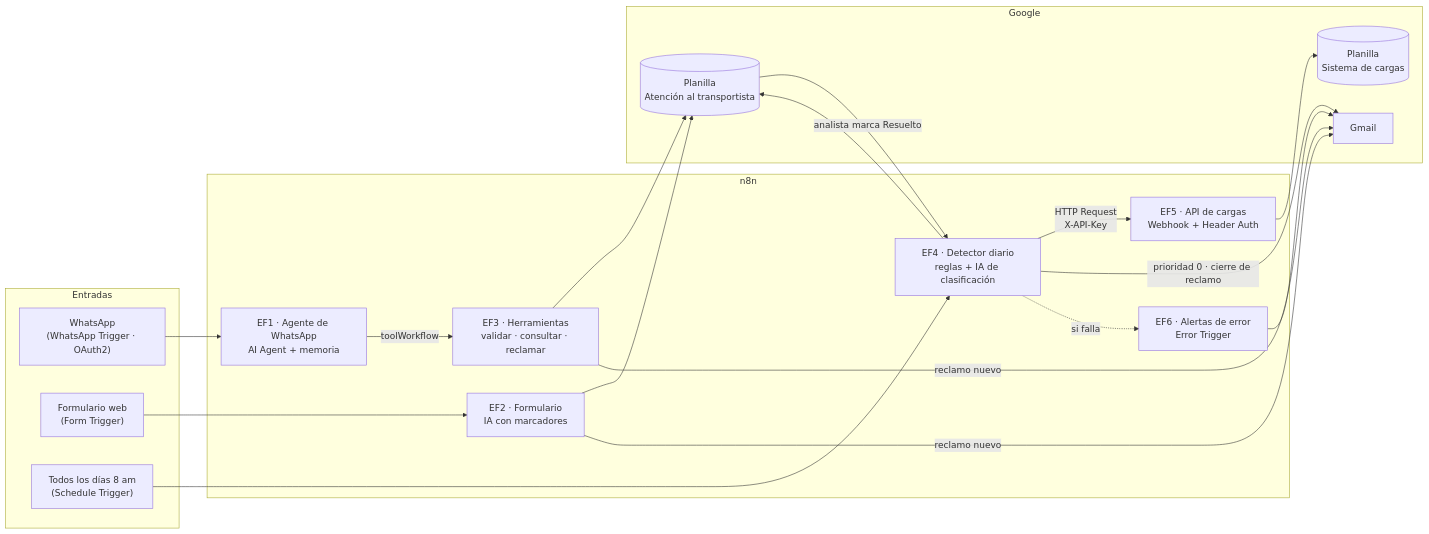
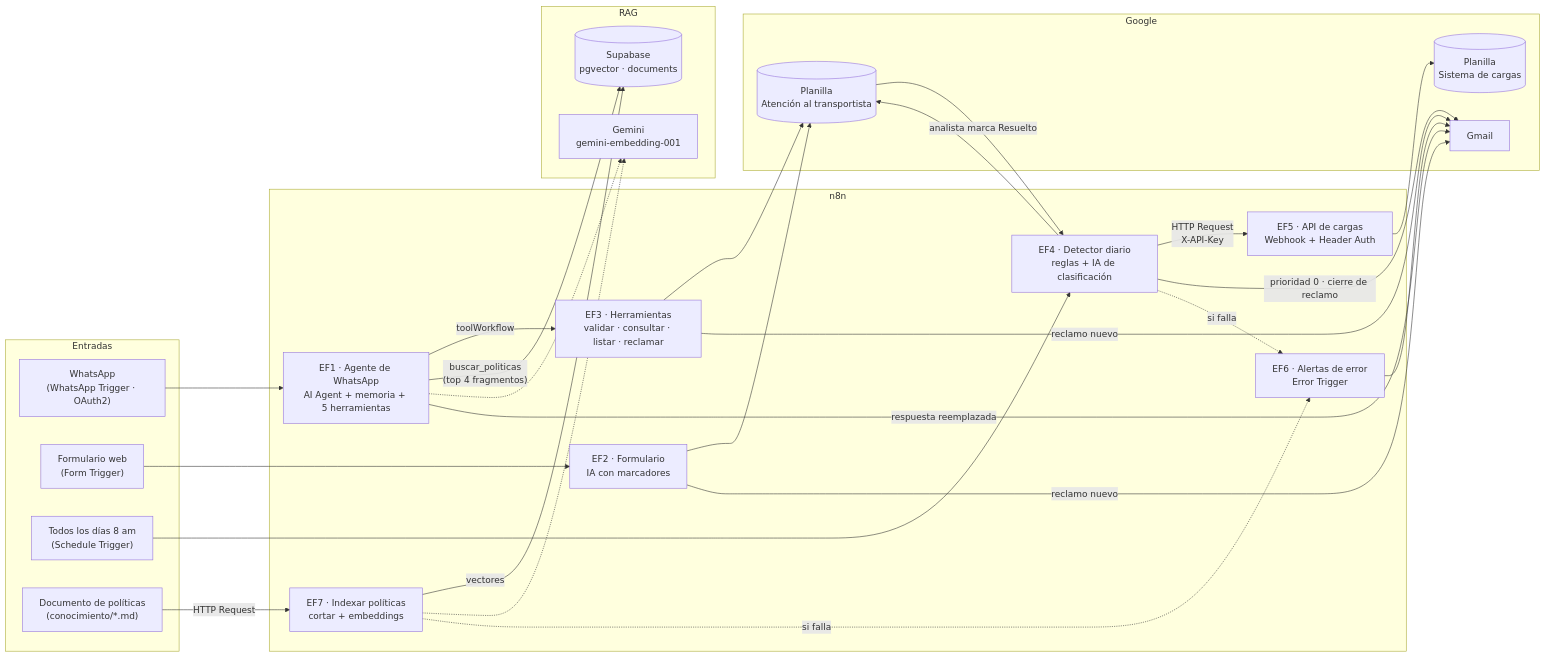
Before and after one commit to FacundoZavalla99/atencion-transportistas: the first of 2 diagrams in README.md, drawn with Mermaid. The commit also changed other lines of this file and 11 other files, not shown here.

First line of the commit message:
Reentrega con RAG: EF7 de indexación, buscar_politicas en el agente, README y capturas nuevas

````diff
--- a/README.md
+++ b/README.md
@@ -17,33 +36,46 @@
 ```mermaid
 flowchart LR
   subgraph Entradas
     WA["WhatsApp<br/>(WhatsApp Trigger · OAuth2)"]
     FO["Formulario web<br/>(Form Trigger)"]
     CR["Todos los días 8 am<br/>(Schedule Trigger)"]
+    DOC["Documento de políticas<br/>(conocimiento/*.md)"]
   end
 
   subgraph n8n
-    AG["EF1 · Agente de WhatsApp<br/>AI Agent + memoria"]
-    HE["EF3 · Herramientas<br/>validar · consultar · reclamar"]
+    AG["EF1 · Agente de WhatsApp<br/>AI Agent + memoria + 5 herramientas"]
+    HE["EF3 · Herramientas<br/>validar · consultar · listar · reclamar"]
     FW["EF2 · Formulario<br/>IA con marcadores"]
     DE["EF4 · Detector diario<br/>reglas + IA de clasificación"]
     API["EF5 · API de cargas<br/>Webhook + Header Auth"]
+    IX["EF7 · Indexar políticas<br/>cortar + embeddings"]
     ERR["EF6 · Alertas de error<br/>Error Trigger"]
+  end
+
+  subgraph RAG
+    EMB["Gemini<br/>gemini-embedding-001"]
+    VS[("Supabase<br/>pgvector · documents")]
   end
 
   subgraph Google
     AT[("Planilla<br/>Atención al transportista")]
     SC[("Planilla<br/>Sistema de cargas")]
     GM["Gmail"]
   end
 
+  DOC -- "HTTP Request" --> IX -- "vectores" --> VS
+  IX -.-> EMB
   WA --> AG -- "toolWorkflow" --> HE --> AT
+  AG -- "buscar_politicas<br/>(top 4 fragmentos)" --> VS
+  AG -.-> EMB
+  AG -- "respuesta reemplazada" --> GM
   FO --> FW --> AT
   CR --> DE -- "HTTP Request<br/>X-API-Key" --> API --> SC
   DE --> AT
   HE -- "reclamo nuevo" --> GM
   FW -- "reclamo nuevo" --> GM
   DE -- "prioridad 0 · cierre de reclamo" --> GM
   DE -. "si falla" .-> ERR --> GM
+  IX -. "si falla" .-> ERR
   AT -- "analista marca Resuelto" --> DE
 ```
````
